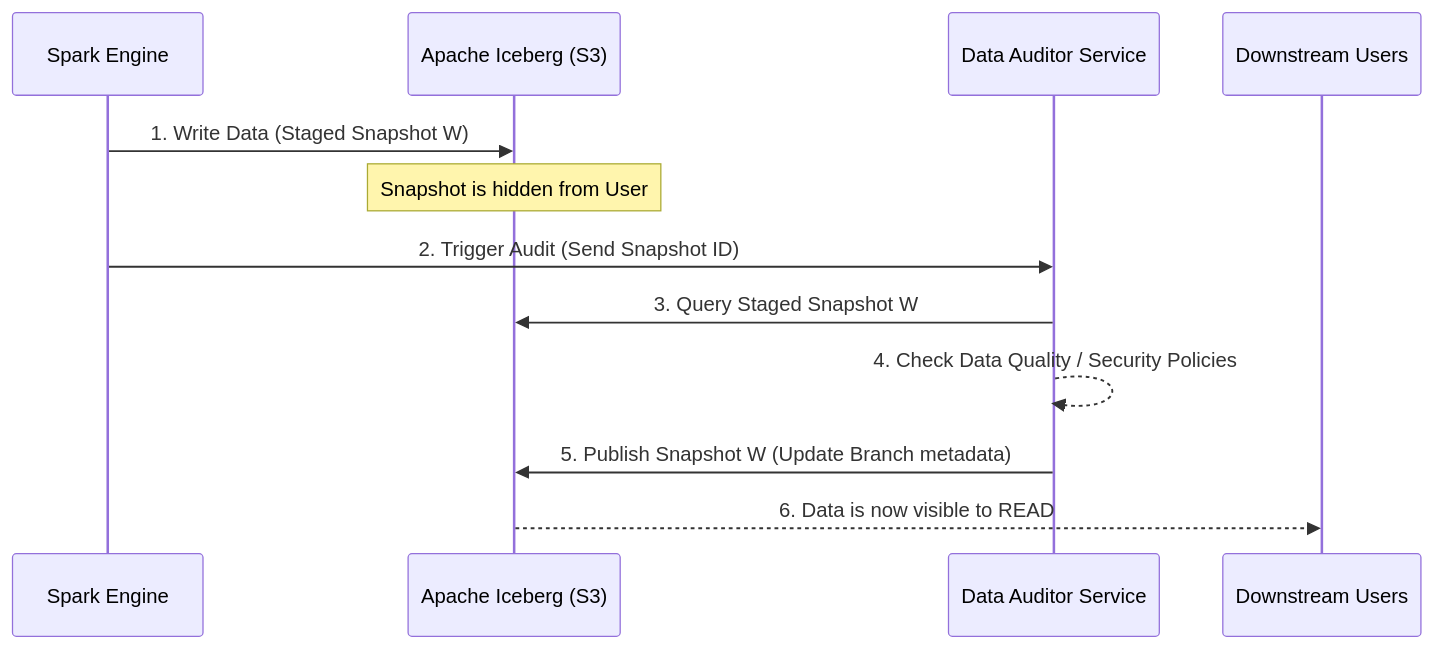
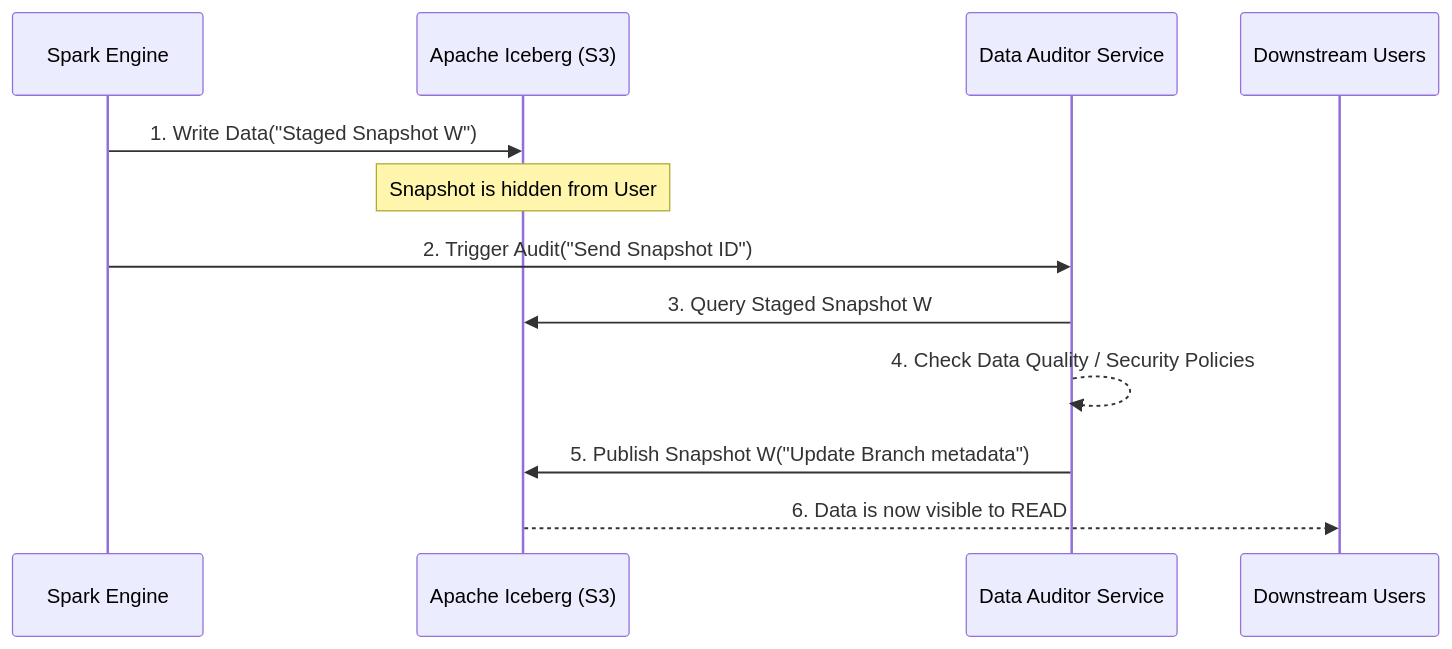
Before and after one commit to kythuatdulieu/kythuatdulieu.github.io: the second of 2 diagrams in src/content/docs/concepts/8-security-governance-finops/audit-logging.md, drawn with Mermaid. The commit also changed other lines of this file and 190 other files, not shown here.

Commit message:
fix: resolve mermaid syntax, math rendering, and metadata issues from content rewrite

````diff
--- a/src/content/docs/concepts/8-security-governance-finops/audit-logging.md
+++ b/src/content/docs/concepts/8-security-governance-finops/audit-logging.md
@@ -49,15 +49,15 @@
 ```mermaid
 sequenceDiagram
     participant Spark as Spark Engine
     participant Iceberg as Apache Iceberg (S3)
     participant Auditor as Data Auditor Service
     participant User as Downstream Users
 
-    Spark->>Iceberg: 1. Write Data (Staged Snapshot W)
+    Spark->>Iceberg: 1. Write Data("Staged Snapshot W")
     Note over Iceberg: Snapshot is hidden from User
-    Spark->>Auditor: 2. Trigger Audit (Send Snapshot ID)
+    Spark->>Auditor: 2. Trigger Audit("Send Snapshot ID")
     Auditor->>Iceberg: 3. Query Staged Snapshot W
     Auditor-->>Auditor: 4. Check Data Quality / Security Policies
-    Auditor->>Iceberg: 5. Publish Snapshot W (Update Branch metadata)
+    Auditor->>Iceberg: 5. Publish Snapshot W("Update Branch metadata")
     Iceberg-->>User: 6. Data is now visible to READ
 ```
````
